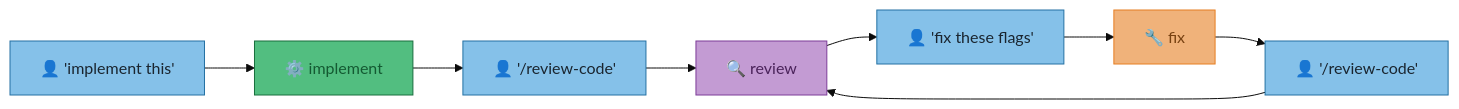
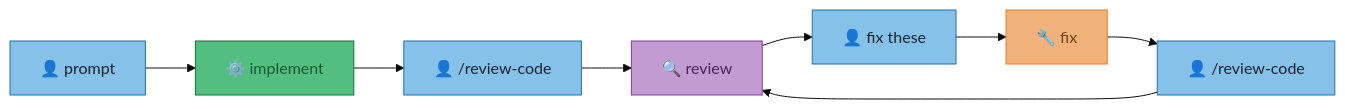
The first of 8 diagrams in docs/appendix/adr/001-claude-code-orchestration.md (joeledwardson/dev-setup), drawn with Mermaid (base theme) before and after one commit. The commit also changed other lines of this file, not shown here.

````diff
--- a/docs/appendix/adr/001-claude-code-orchestration.md
+++ b/docs/appendix/adr/001-claude-code-orchestration.md
@@ -14,18 +17,18 @@
 ```mermaid
 flowchart LR
-    H1["👤 'implement this'"] --> I["⚙️ implement"]
-    I --> H2["👤 '/review-code'"]
+    H1["👤 prompt"] --> I["⚙️ implement"]
+    I --> H2["👤 /review-code"]
     H2 --> R["🔍 review"]
-    R --> H3["👤 'fix these flags'"]
+    R --> H3["👤 fix these"]
     H3 --> F["🔧 fix"]
-    F --> H4["👤 '/review-code'"]
+    F --> H4["👤 /review-code"]
     H4 --> R
 
     style H1 fill:#85c1e9,color:#1a252f,stroke:#2471a3
     style H2 fill:#85c1e9,color:#1a252f,stroke:#2471a3
     style H3 fill:#85c1e9,color:#1a252f,stroke:#2471a3
     style H4 fill:#85c1e9,color:#1a252f,stroke:#2471a3
     style I fill:#52be80,color:#145a32,stroke:#196f3d
     style R fill:#c39bd3,color:#4a235a,stroke:#7d3c98
     style F fill:#f0b27a,color:#784212,stroke:#e67e22
 ```
````
